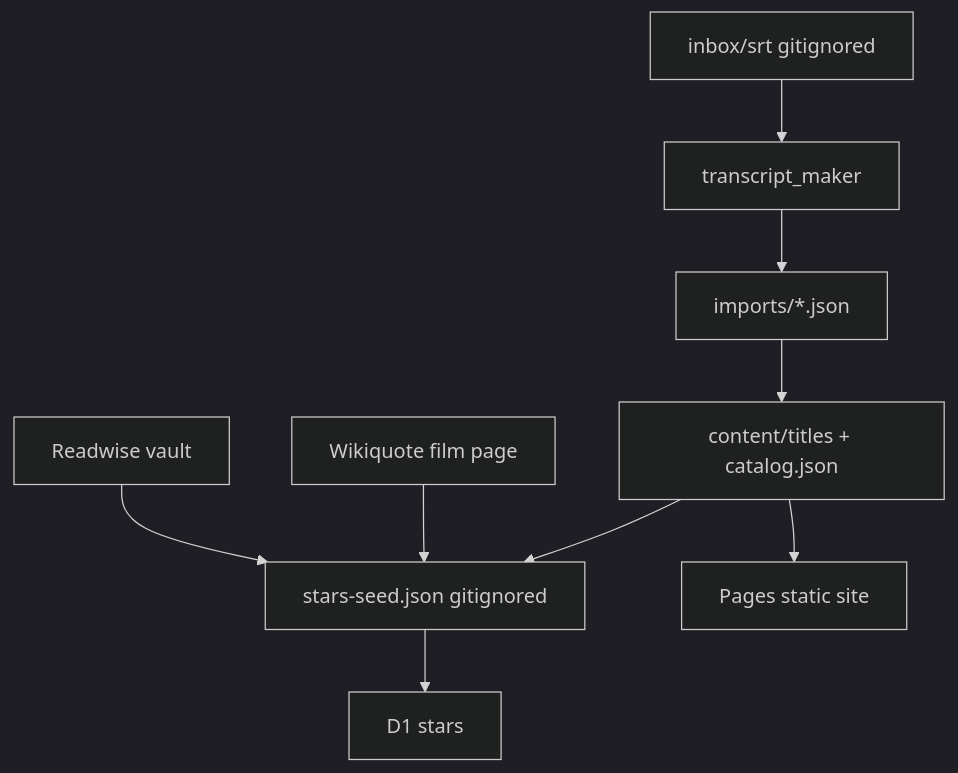
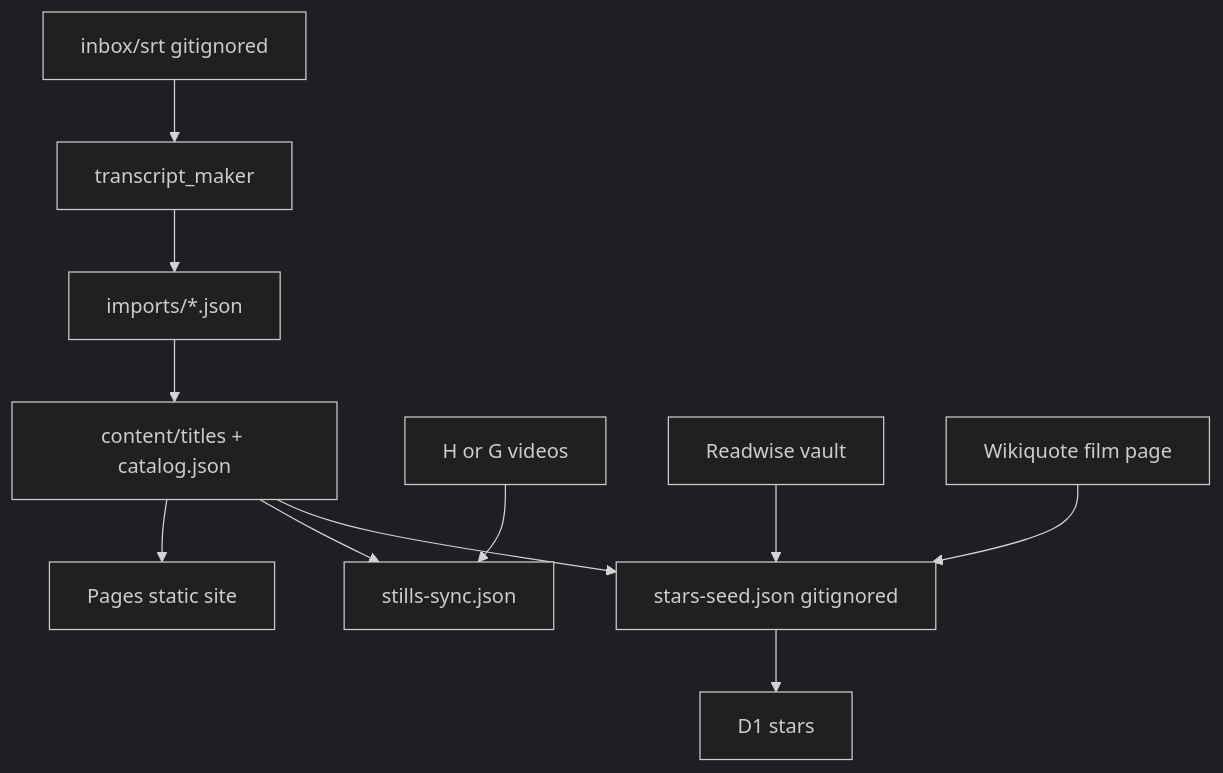
The diagram in .cursor/skills/content-ingest/SKILL.md (CLocs/textline-nextline), drawn with Mermaid (dark theme) before and after one commit. The commit also changed other lines of this file and 14 other files, not shown here.

````diff
--- a/.cursor/skills/content-ingest/SKILL.md
+++ b/.cursor/skills/content-ingest/SKILL.md
@@ -68,16 +83,20 @@
 ```mermaid
 flowchart TD
   inbox["inbox/srt gitignored"]
   maker["transcript_maker"]
   imports["imports/*.json"]
   titles["content/titles + catalog.json"]
+  movie["H or G videos"]
+  sync["stills-sync.json"]
   vault["Readwise vault"]
   wiki["Wikiquote film page"]
   seed["stars-seed.json gitignored"]
   d1["D1 stars"]
   pages["Pages static site"]
   inbox --> maker --> imports --> titles --> pages
+  movie --> sync
+  titles --> sync
   vault --> seed
   wiki --> seed
   titles --> seed --> d1
 ```
````
